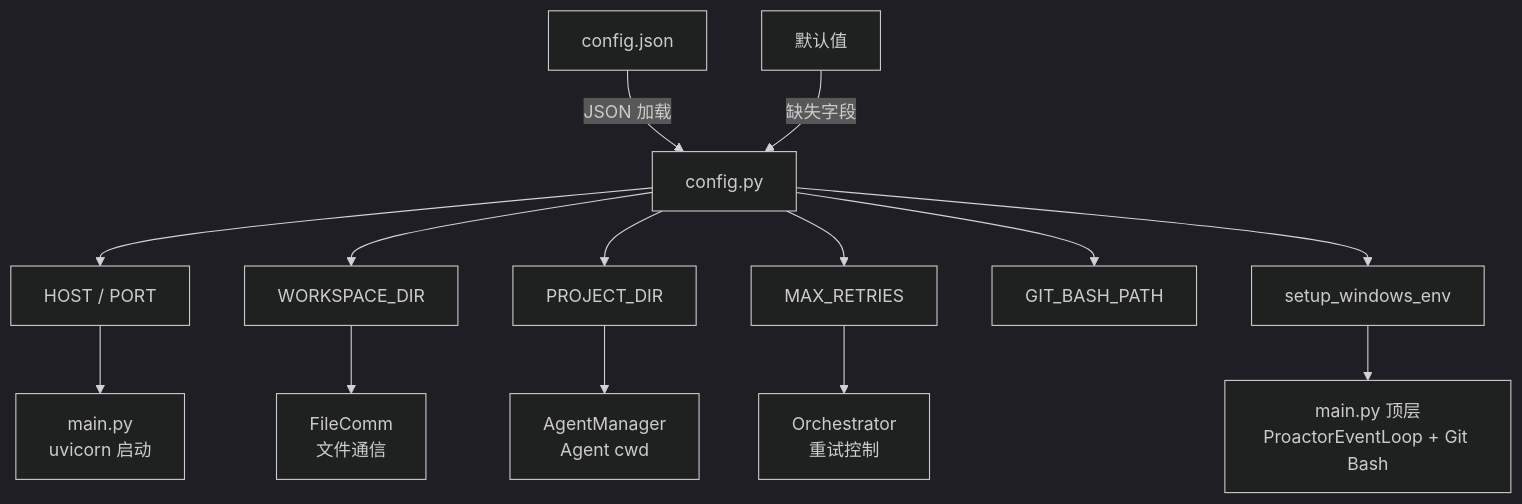
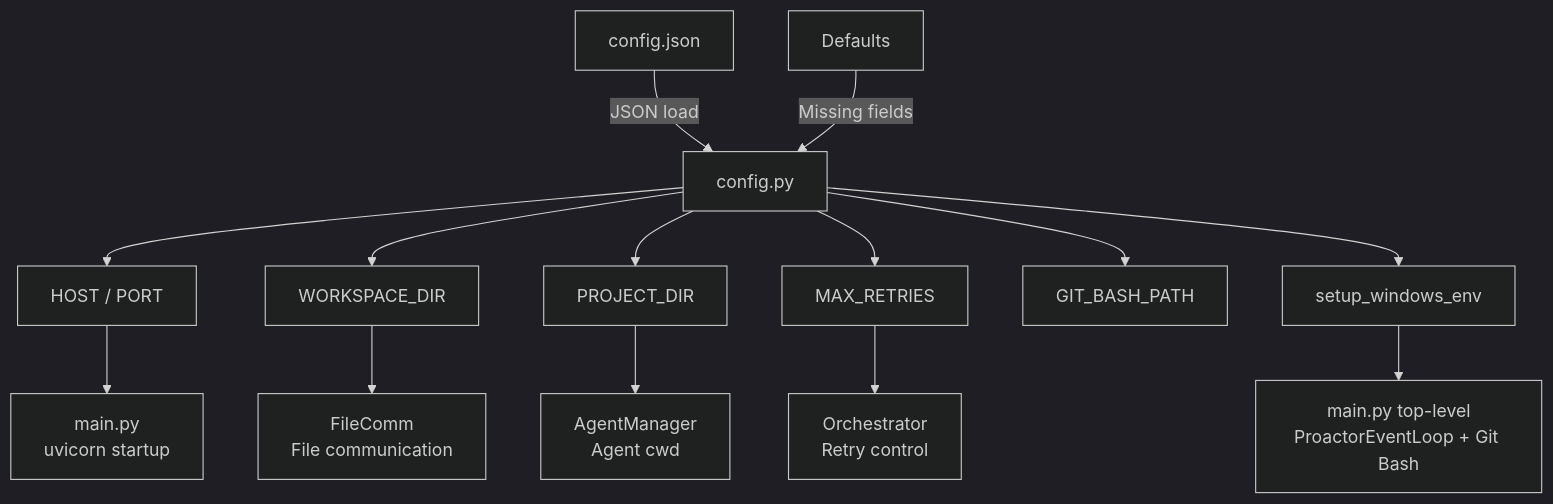
Before and after one commit to lchaoer/Polygents: the first of 2 diagrams in docs/plans/2026-04-01-config-system.md, drawn with Mermaid (dark theme). The commit also changed other lines of this file and 4 other files, not shown here.

````diff
--- a/docs/plans/2026-04-01-config-system.md
+++ b/docs/plans/2026-04-01-config-system.md
@@ -45,17 +45,17 @@
 ```mermaid
 graph TD
-    A[config.json] -->|JSON 加载| B[config.py]
-    C[默认值] -->|缺失字段| B
+    A[config.json] -->|JSON load| B[config.py]
+    C[Defaults] -->|Missing fields| B
     B --> D[HOST / PORT]
     B --> E[WORKSPACE_DIR]
     B --> F[PROJECT_DIR]
     B --> G[MAX_RETRIES]
     B --> H[GIT_BASH_PATH]
     B --> I[setup_windows_env]
 
-    D --> J[main.py<br/>uvicorn 启动]
-    E --> K[FileComm<br/>文件通信]
+    D --> J[main.py<br/>uvicorn startup]
+    E --> K[FileComm<br/>File communication]
     F --> L[AgentManager<br/>Agent cwd]
-    G --> M[Orchestrator<br/>重试控制]
-    I --> N[main.py 顶层<br/>ProactorEventLoop + Git Bash]
+    G --> M[Orchestrator<br/>Retry control]
+    I --> N[main.py top-level<br/>ProactorEventLoop + Git Bash]
 ```
````
